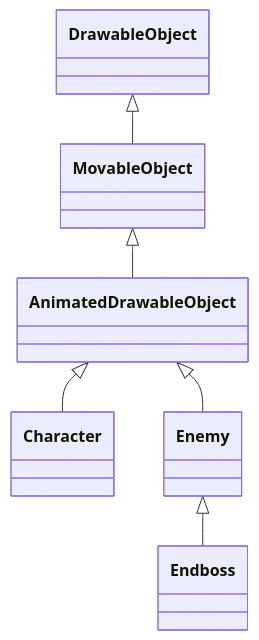
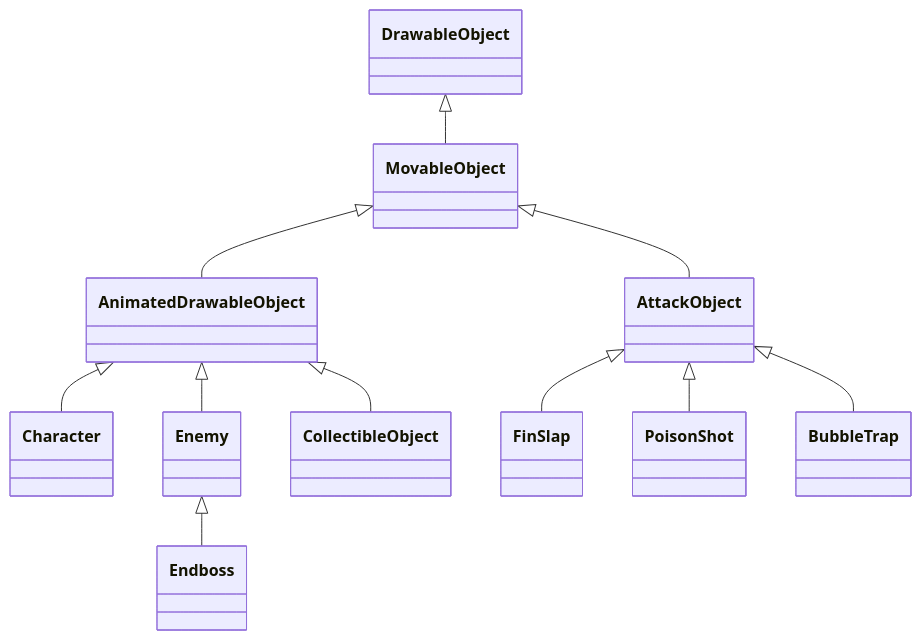
One commit to CZX93-BW/SharkyProject changed the diagram in docs/architecture/application.md. Above: the diagram before and after it, drawn with Mermaid. The commit also changed other lines of this file and 13 other files, not shown here.

Commit message:
docs: document game architecture, controls and local setup

````diff
--- a/docs/architecture/application.md
+++ b/docs/architecture/application.md
@@ -261,8 +28,13 @@
 ```mermaid
 classDiagram
     DrawableObject <|-- MovableObject
     MovableObject <|-- AnimatedDrawableObject
+    MovableObject <|-- AttackObject
     AnimatedDrawableObject <|-- Character
     AnimatedDrawableObject <|-- Enemy
+    AnimatedDrawableObject <|-- CollectibleObject
     Enemy <|-- Endboss
+    AttackObject <|-- FinSlap
+    AttackObject <|-- PoisonShot
+    AttackObject <|-- BubbleTrap
 ```
````
